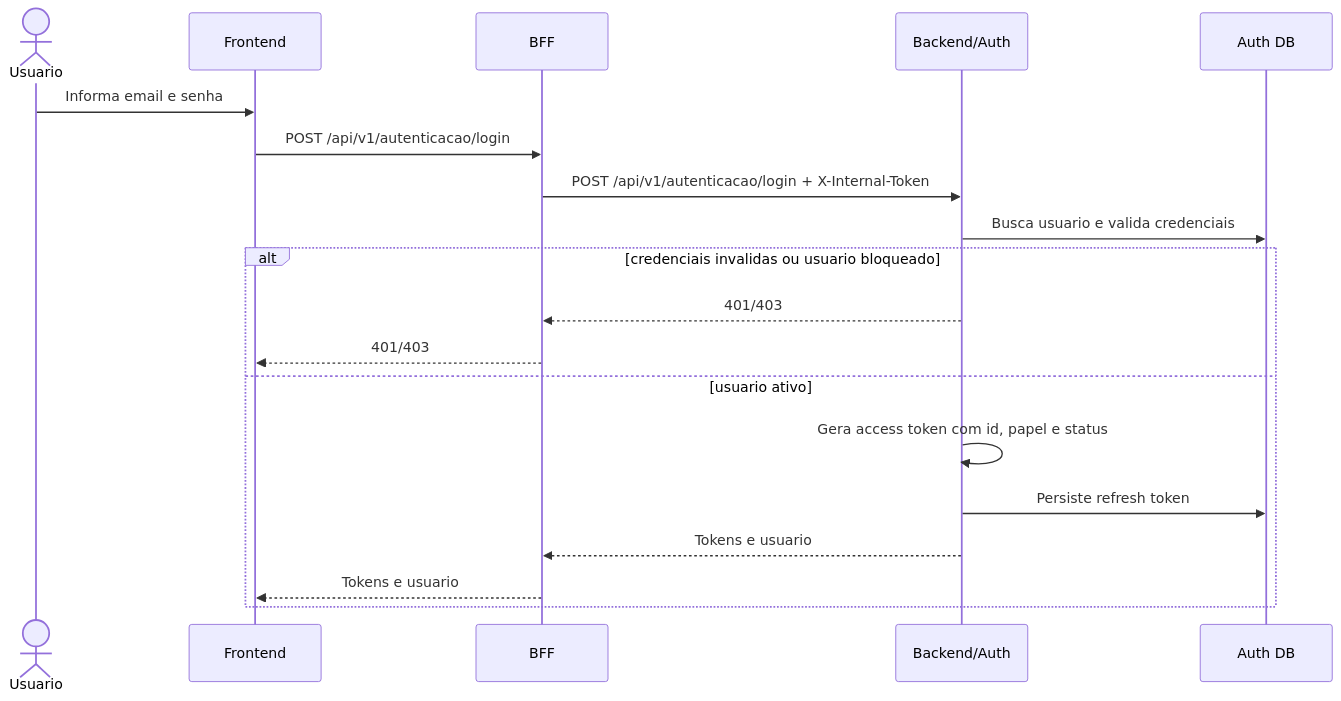
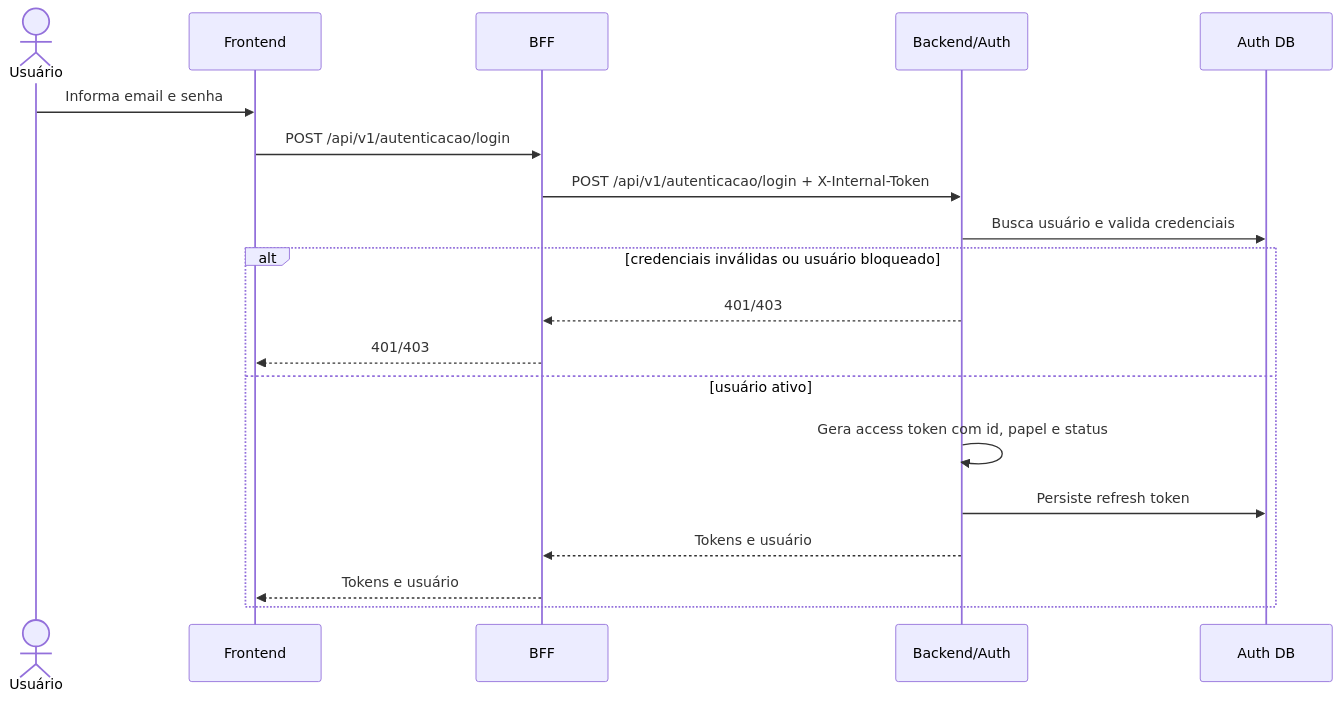
The third of 5 diagrams in docs/arquitetura/visoes/processos.md (fga-eps-mds/2026-1-AnatoQuizUp-Doc), drawn with Mermaid before and after one commit. The commit also changed other lines of this file and 8 other files, not shown here.

````diff
--- a/docs/arquitetura/visoes/processos.md
+++ b/docs/arquitetura/visoes/processos.md
@@ -52,22 +52,22 @@
 ```mermaid
 sequenceDiagram
-    actor Usuario
+    actor Usuario as Usuário
     participant Frontend
     participant BFF
     participant Auth as Backend/Auth
     participant DB as Auth DB
 
     Usuario->>Frontend: Informa email e senha
     Frontend->>BFF: POST /api/v1/autenticacao/login
     BFF->>Auth: POST /api/v1/autenticacao/login + X-Internal-Token
-    Auth->>DB: Busca usuario e valida credenciais
-    alt credenciais invalidas ou usuario bloqueado
+    Auth->>DB: Busca usuário e valida credenciais
+    alt credenciais inválidas ou usuário bloqueado
         Auth-->>BFF: 401/403
         BFF-->>Frontend: 401/403
-    else usuario ativo
+    else usuário ativo
         Auth->>Auth: Gera access token com id, papel e status
         Auth->>DB: Persiste refresh token
-        Auth-->>BFF: Tokens e usuario
-        BFF-->>Frontend: Tokens e usuario
+        Auth-->>BFF: Tokens e usuário
+        BFF-->>Frontend: Tokens e usuário
     end
 ```
````
